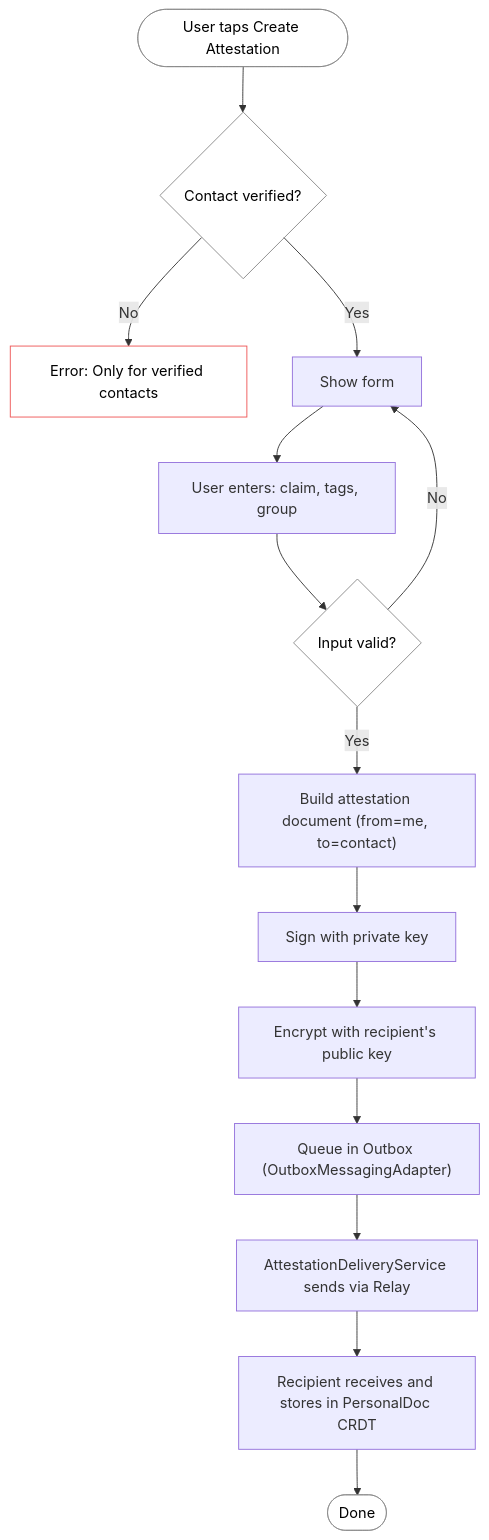
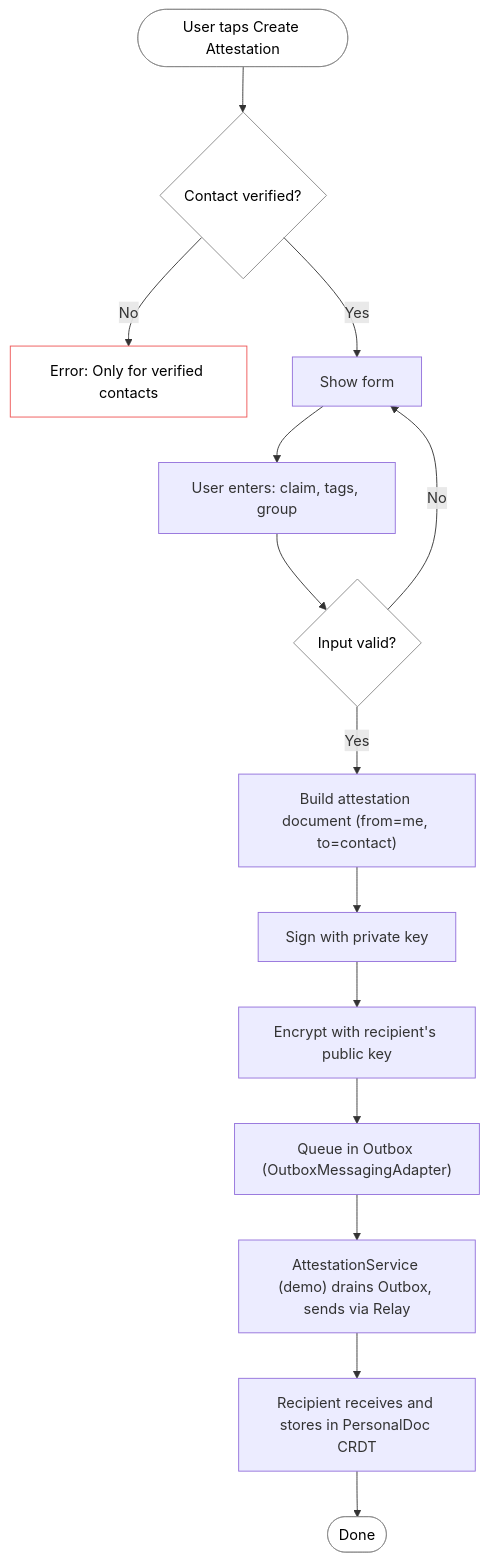
One commit to real-life-org/web-of-trust changed the second of 12 diagrams in docs/flows/03-attestation-technical.md. Above: the diagram before and after it, drawn with Mermaid. The commit also changed other lines of this file and 6 other files, not shown here.

First line of the commit message:
docs: sync architecture + flow docs after attestation-ack removal

````diff
--- a/docs/flows/03-attestation-technical.md
+++ b/docs/flows/03-attestation-technical.md
@@ -93,32 +93,32 @@
 ```mermaid
 flowchart TD
     Start(["User taps Create Attestation"]) --> CheckContact{"Contact verified?"}
 
     CheckContact -->|No| Error["Error: Only for verified contacts"]
     CheckContact -->|Yes| ShowForm["Show form"]
 
     ShowForm --> Input["User enters: claim, tags, group"]
 
     Input --> Validate{"Input valid?"}
 
     Validate -->|No| ShowForm
     Validate -->|Yes| BuildDoc["Build attestation document (from=me, to=contact)"]
 
     BuildDoc --> Sign["Sign with private key"]
 
     Sign --> Encrypt["Encrypt with recipient's public key"]
 
     Encrypt --> Outbox["Queue in Outbox (OutboxMessagingAdapter)"]
 
-    Outbox --> Deliver["AttestationDeliveryService sends via Relay"]
+    Outbox --> Deliver["AttestationService (demo) drains Outbox, sends via Relay"]
 
     Deliver --> Notify["Recipient receives and stores in PersonalDoc CRDT"]
 
     Notify --> Done(["Done"])
 
     style Start stroke:#888,fill:none,color:inherit
     style Done stroke:#888,fill:none,color:inherit
     style Error stroke:#e55,fill:none,color:inherit
     style CheckContact stroke:#888,fill:none,color:inherit
     style Validate stroke:#888,fill:none,color:inherit
 ```
````
